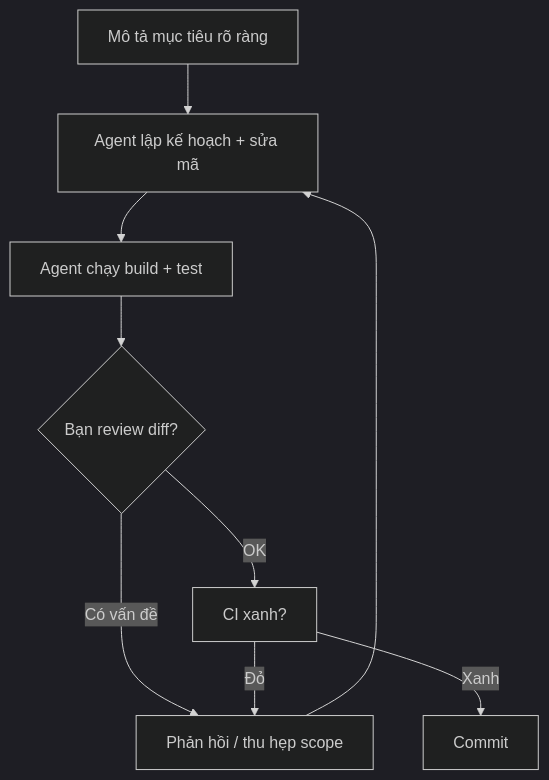
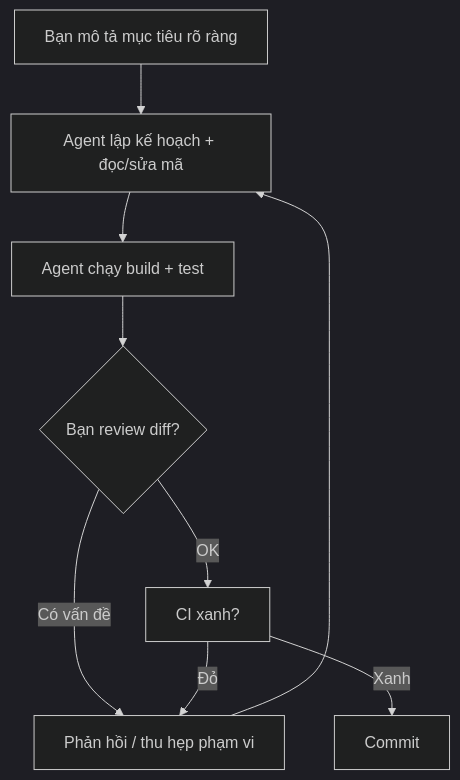
Before and after one commit to iamrealBi/learning-hub-v2: the diagram in docs/p5-ai/claude-code.md, drawn with Mermaid (dark theme). The commit also changed other lines of this file and 4 other files, not shown here.

````diff
--- a/docs/p5-ai/claude-code.md
+++ b/docs/p5-ai/claude-code.md
@@ -56,11 +70,11 @@
 ```mermaid
 flowchart TD
-    A[Mô tả mục tiêu rõ ràng] --> B[Agent lập kế hoạch + sửa mã]
+    A[Bạn mô tả mục tiêu rõ ràng] --> B[Agent lập kế hoạch + đọc/sửa mã]
     B --> C[Agent chạy build + test]
     C --> D{Bạn review diff?}
-    D -->|Có vấn đề| E[Phản hồi / thu hẹp scope]
+    D -->|Có vấn đề| E[Phản hồi / thu hẹp phạm vi]
     E --> B
     D -->|OK| F[CI xanh?]
     F -->|Đỏ| E
     F -->|Xanh| G[Commit]
 ```
````
